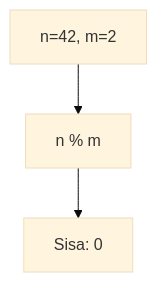
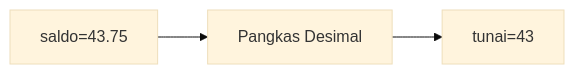
One commit to amnahwaida/OSNK_INF_PREP changed diagram 11 of 25 in part-c-pemahaman-cpp/01-tipe-data/latihan/set-02.md. Above: the diagram before and after it, drawn with Mermaid (base theme). The commit also changed other lines of this file and 71 other files, not shown here.

````diff
--- a/part-c-pemahaman-cpp/01-tipe-data/latihan/set-02.md
+++ b/part-c-pemahaman-cpp/01-tipe-data/latihan/set-02.md
@@ -294,5 +307,5 @@
 ```mermaid
-graph TD
-A["n=42, m=2"] --> B["n % m"]
-B --> C["Sisa: 0"]
+graph LR
+A["saldo=43.75"] --> B["Pangkas Desimal"]
+B --> C["tunai=43"]
 ```
````
